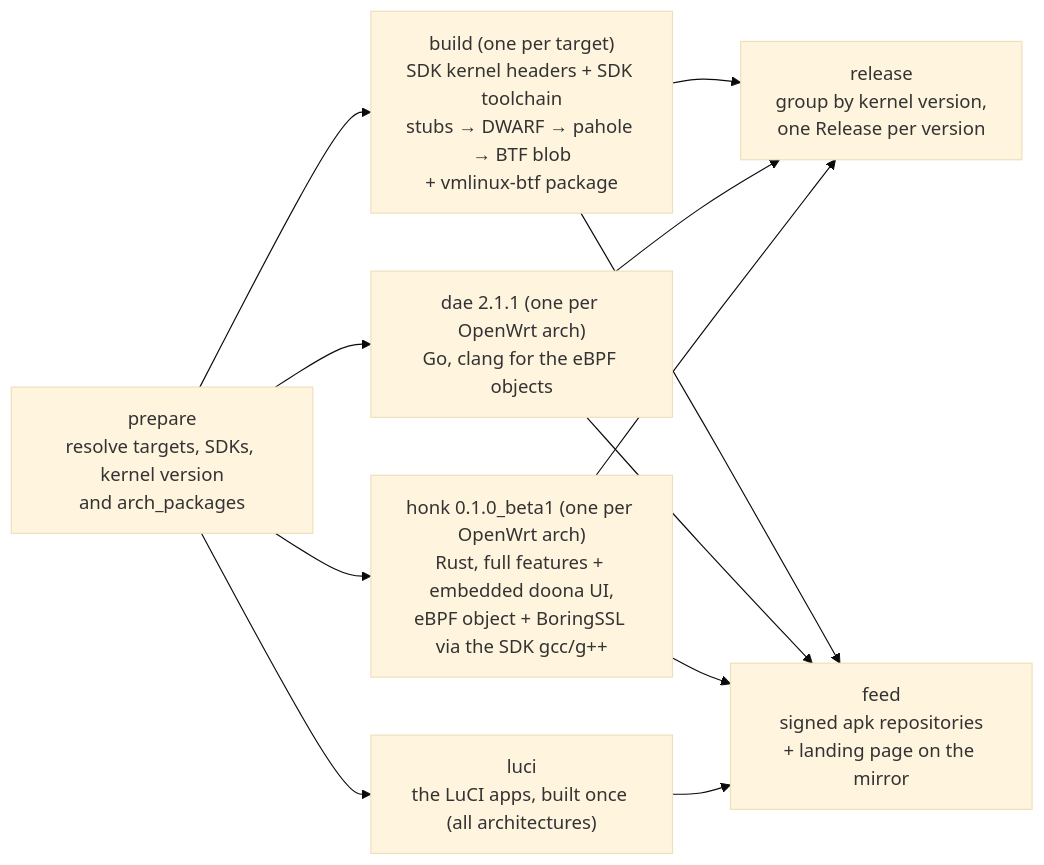
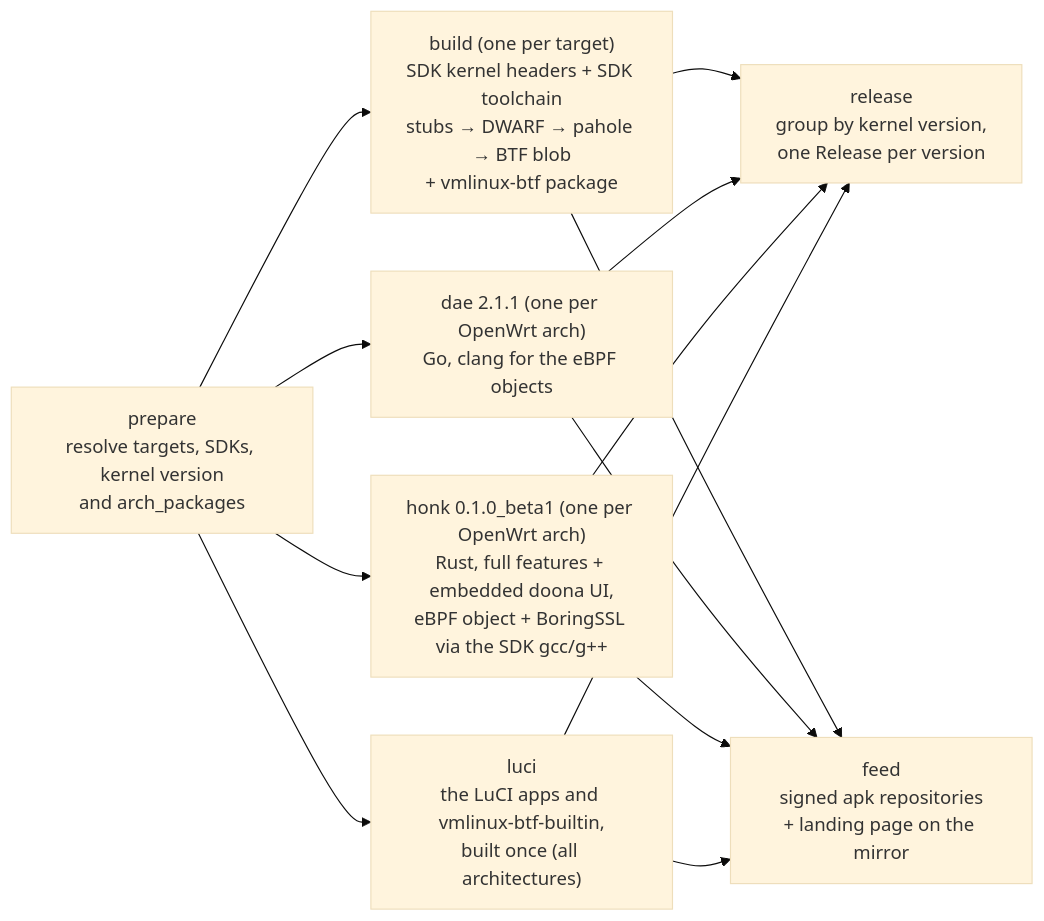
One commit to Zakkaus/openwrt-packages changed the diagram in README.md. Above: the diagram before and after it, drawn with Mermaid (base theme). The commit also changed other lines of this file and 7 other files, not shown here.

First line of the commit message:
feat: dae and honk depend on vmlinux-btf, vmlinux-btf-builtin stands in on kernels with BTF

````diff
--- a/README.md
+++ b/README.md
@@ -411,21 +418,22 @@
 ```mermaid
 flowchart LR
   P["prepare<br/>resolve targets, SDKs, kernel version<br/>and arch_packages"]
   K["build (one per target)<br/>SDK kernel headers + SDK toolchain<br/>stubs → DWARF → pahole → BTF blob<br/>+ vmlinux-btf package"]
   D["dae 2.1.1 (one per OpenWrt arch)<br/>Go, clang for the eBPF objects"]
   H["honk 0.1.0_beta1 (one per OpenWrt arch)<br/>Rust, full features + embedded doona UI,<br/>eBPF object + BoringSSL via the SDK gcc/g++"]
-  L["luci<br/>the LuCI apps, built once (all architectures)"]
+  L["luci<br/>the LuCI apps and vmlinux-btf-builtin,<br/>built once (all architectures)"]
   R["release<br/>group by kernel version,<br/>one Release per version"]
   F["feed<br/>signed apk repositories<br/>+ landing page on the mirror"]
   P --> K
   P --> D
   P --> H
   P --> L
   K --> R
   D --> R
   H --> R
+  L --> R
   K --> F
   D --> F
   H --> F
   L --> F
 ```
````
